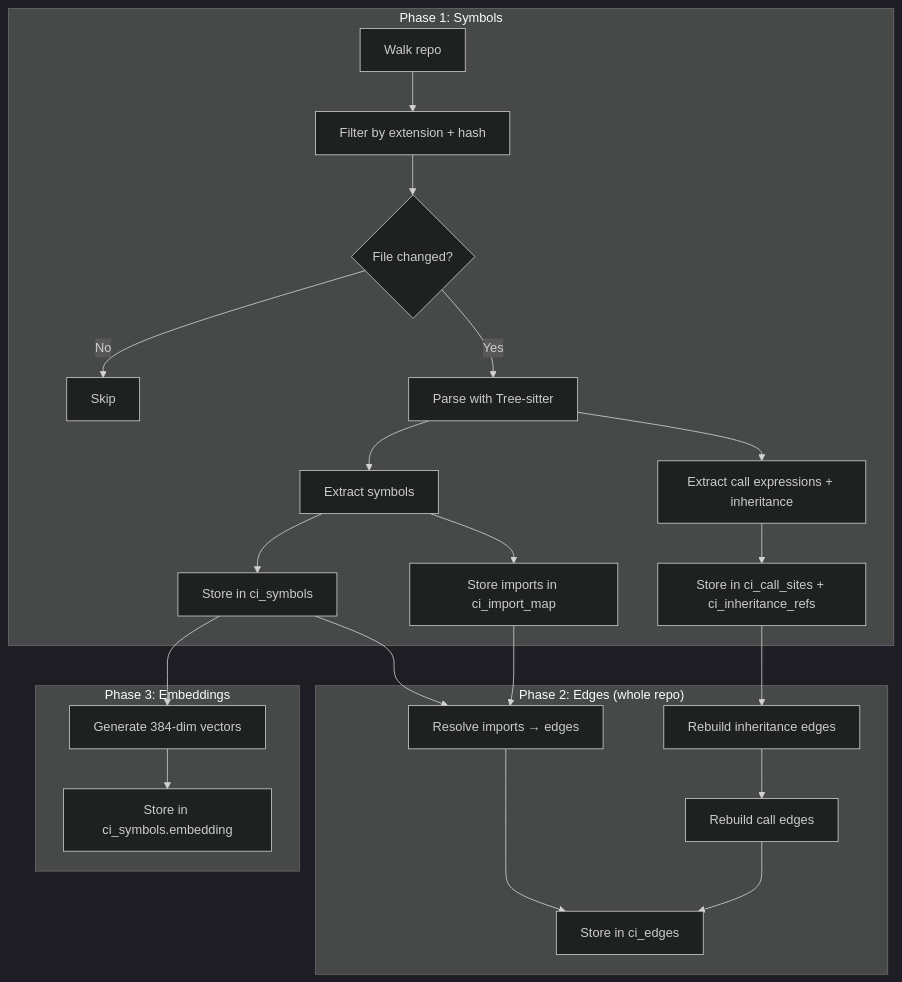
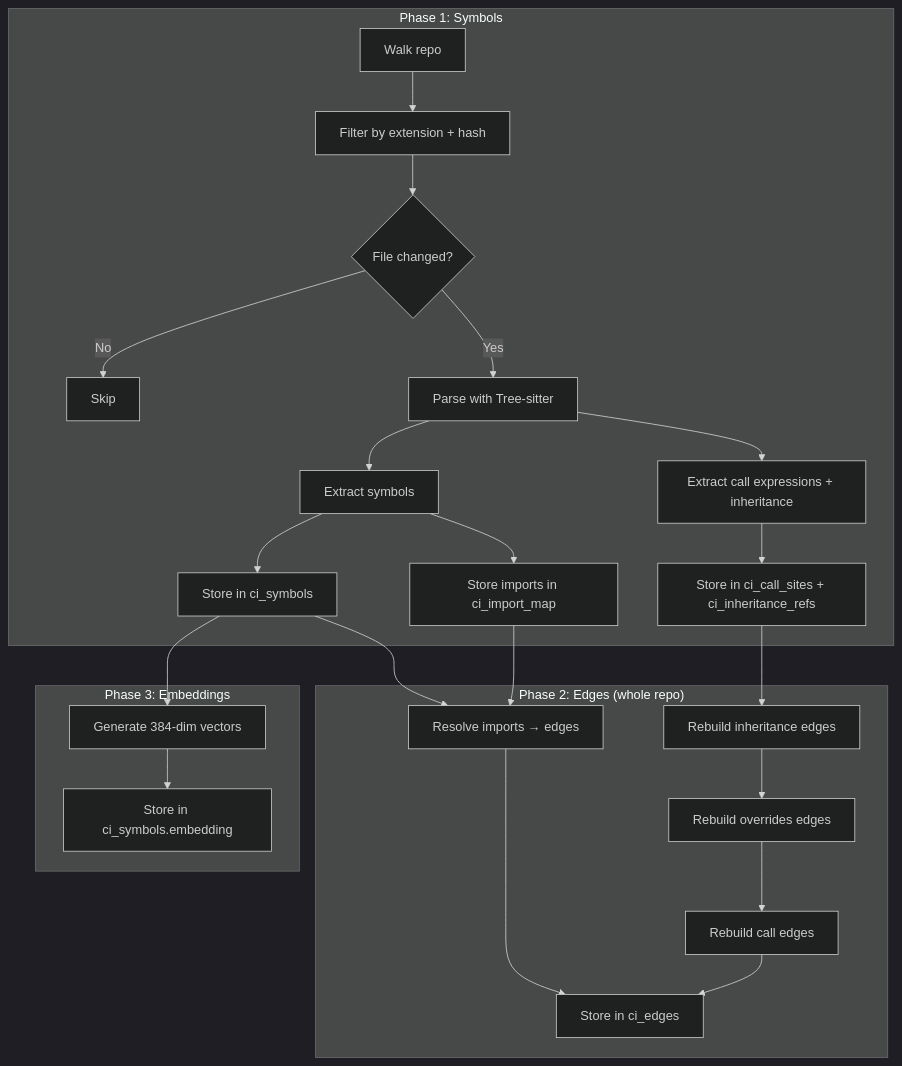
Before and after one commit to RuneLind/yggdrasil: the second of 4 diagrams in README.md, drawn with Mermaid (dark theme). The commit also changed other lines of this file and 35 other files, not shown here.

````diff
--- a/README.md
+++ b/README.md
@@ -45,28 +45,29 @@
 ```mermaid
 flowchart TD
     subgraph "Phase 1: Symbols"
         A[Walk repo] --> B[Filter by extension + hash]
         B --> C{File changed?}
         C -->|No| D[Skip]
         C -->|Yes| E[Parse with Tree-sitter]
         E --> F[Extract symbols]
         F --> G[Store in ci_symbols]
         F --> H[Store imports in ci_import_map]
         E --> J[Extract call expressions + inheritance]
         J --> P[Store in ci_call_sites + ci_inheritance_refs]
     end
 
     subgraph "Phase 2: Edges (whole repo)"
         G --> I[Resolve imports → edges]
         H --> I
         P --> K[Rebuild inheritance edges]
-        K --> L[Rebuild call edges]
+        K --> R[Rebuild overrides edges]
+        R --> L[Rebuild call edges]
         I --> M[Store in ci_edges]
         L --> M
     end
 
     subgraph "Phase 3: Embeddings"
         G --> N[Generate 384-dim vectors]
         N --> O[Store in ci_symbols.embedding]
     end
 ```
````
